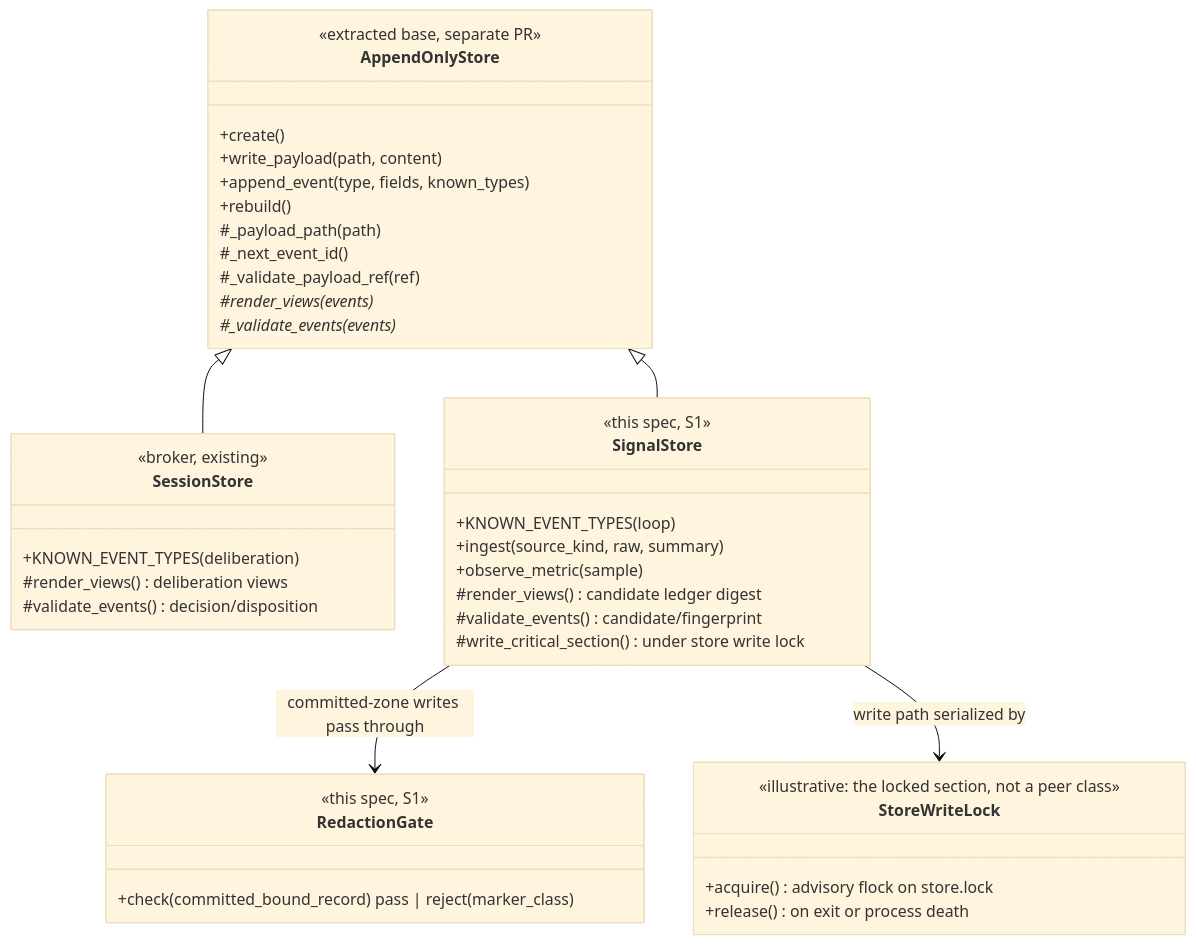
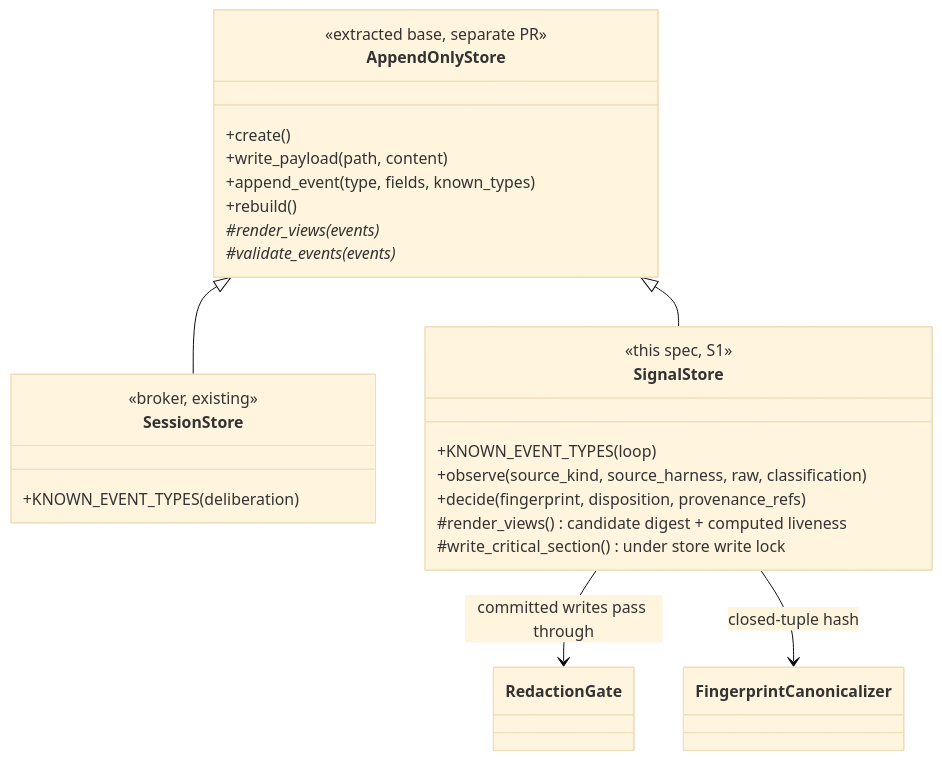
One commit to bmransom/foundry changed the second of 3 diagrams in roadmap/specs/loop-signal-store/design.md. Above: the diagram before and after it, drawn with Mermaid (base theme). The commit also changed other lines of this file and 7 other files, not shown here.

````diff
--- a/roadmap/specs/loop-signal-store/design.md
+++ b/roadmap/specs/loop-signal-store/design.md
@@ -132,43 +192,28 @@
 ```mermaid
 classDiagram
-    class AppendOnlyStore {
-        <<extracted base, separate PR>>
-        +create()
-        +write_payload(path, content)
-        +append_event(type, fields, known_types)
-        +rebuild()
-        #_payload_path(path)
-        #_next_event_id()
-        #_validate_payload_ref(ref)
-        #render_views(events)*
-        #_validate_events(events)*
-    }
-    class SessionStore {
-        <<broker, existing>>
-        +KNOWN_EVENT_TYPES (deliberation)
-        #render_views() deliberation views
-        #validate_events() decision/disposition
-    }
-    class SignalStore {
-        <<this spec, S1>>
-        +KNOWN_EVENT_TYPES (loop)
-        +ingest(source_kind, raw, summary)
-        +observe_metric(sample)
-        #render_views() candidate ledger digest
-        #validate_events() candidate/fingerprint
-        #write_critical_section() under store write lock
-    }
-    AppendOnlyStore <|-- SessionStore
-    AppendOnlyStore <|-- SignalStore
-    SignalStore --> RedactionGate : committed-zone writes pass through
-    SignalStore --> StoreWriteLock : write path serialized by
-    class RedactionGate {
-        <<this spec, S1>>
-        +check(committed_bound_record) pass | reject(marker_class)
-    }
-    class StoreWriteLock {
-        <<illustrative: the locked section, not a peer class>>
-        +acquire() advisory flock on store.lock
-        +release() on exit or process death
-    }
+  class AppendOnlyStore {
+    <<extracted base, separate PR>>
+    +create()
+    +write_payload(path, content)
+    +append_event(type, fields, known_types)
+    +rebuild()
+    #render_views(events)*
+    #validate_events(events)*
+  }
+  class SessionStore {
+    <<broker, existing>>
+    +KNOWN_EVENT_TYPES (deliberation)
+  }
+  class SignalStore {
+    <<this spec, S1>>
+    +KNOWN_EVENT_TYPES (loop)
+    +observe(source_kind, source_harness, raw, classification)
+    +decide(fingerprint, disposition, provenance_refs)
+    #render_views() candidate digest + computed liveness
+    #write_critical_section() under store write lock
+  }
+  AppendOnlyStore <|-- SessionStore
+  AppendOnlyStore <|-- SignalStore
+  SignalStore --> RedactionGate : committed writes pass through
+  SignalStore --> FingerprintCanonicalizer : closed-tuple hash
 ```
````
